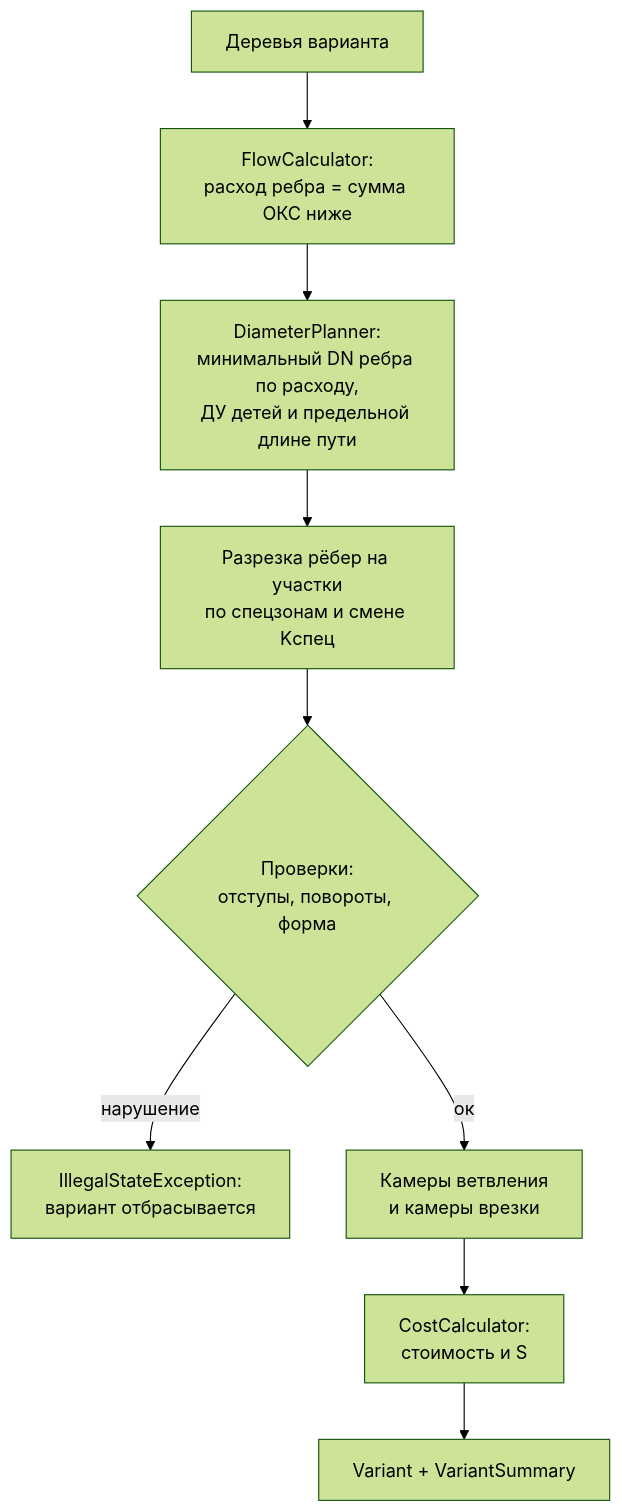
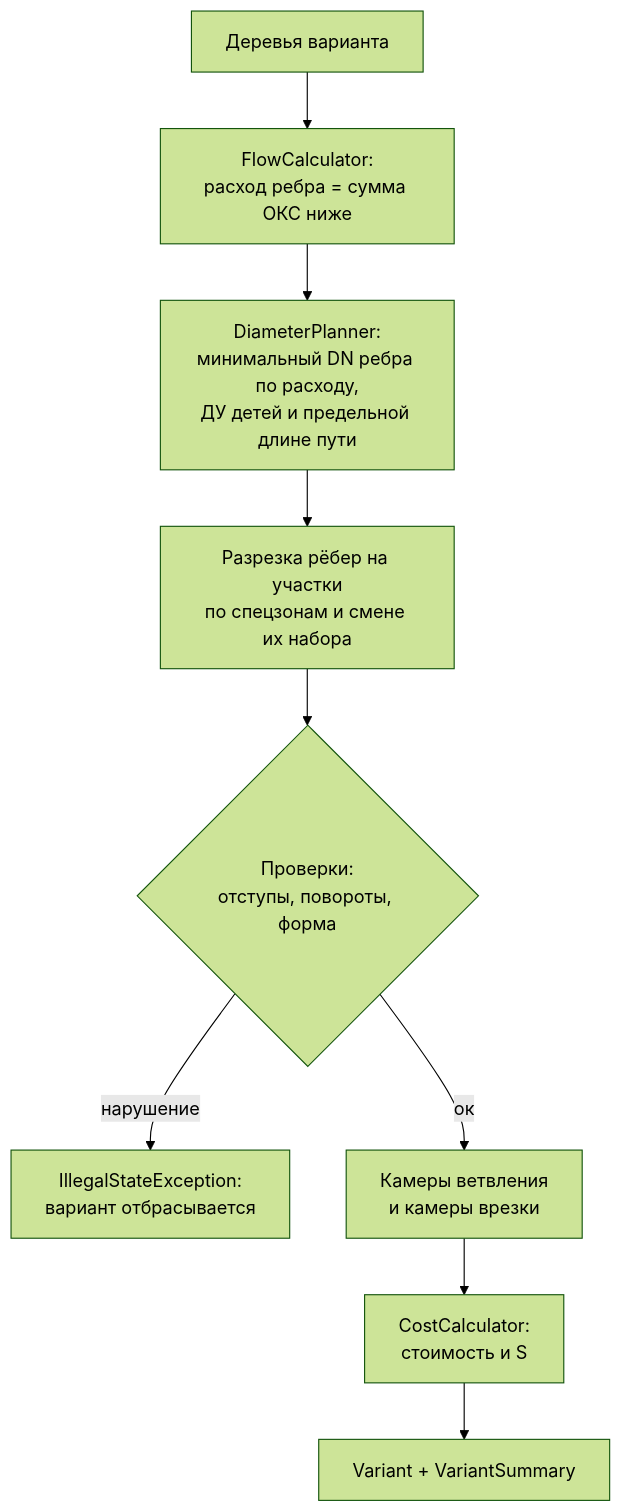
One commit to NewaccOOO/LCT changed the fifth of 6 diagrams in architecture/ARCHITECTURE.md. Above: the diagram before and after it, drawn with Mermaid (forest theme). The commit also changed other lines of this file and 9 other files, not shown here.

Commit message:
Спецпроходы по правилам: у дороги и путей 3 м вдоль трассы за полигоном, дальше только до нормы отступа обычного участка, спецучасток делится на каждой смене набора зон, check18 B12–B14 по обоим правилам

````diff
--- a/architecture/ARCHITECTURE.md
+++ b/architecture/ARCHITECTURE.md
@@ -344,11 +344,11 @@
 ```mermaid
 flowchart TD
     trees[Деревья варианта] --> flows[FlowCalculator:<br/>расход ребра = сумма ОКС ниже]
     flows --> dn[DiameterPlanner:<br/>минимальный DN ребра по расходу,<br/>ДУ детей и предельной длине пути]
-    dn --> cut[Разрезка рёбер на участки<br/>по спецзонам и смене Kспец]
+    dn --> cut[Разрезка рёбер на участки<br/>по спецзонам и смене их набора]
     cut --> checks{Проверки:<br/>отступы, повороты, форма}
     checks -->|нарушение| reject[IllegalStateException:<br/>вариант отбрасывается]
     checks -->|ок| chambers[Камеры ветвления<br/>и камеры врезки]
     chambers --> cost[CostCalculator:<br/>стоимость и S]
     cost --> variant[Variant + VariantSummary]
 ```
````
